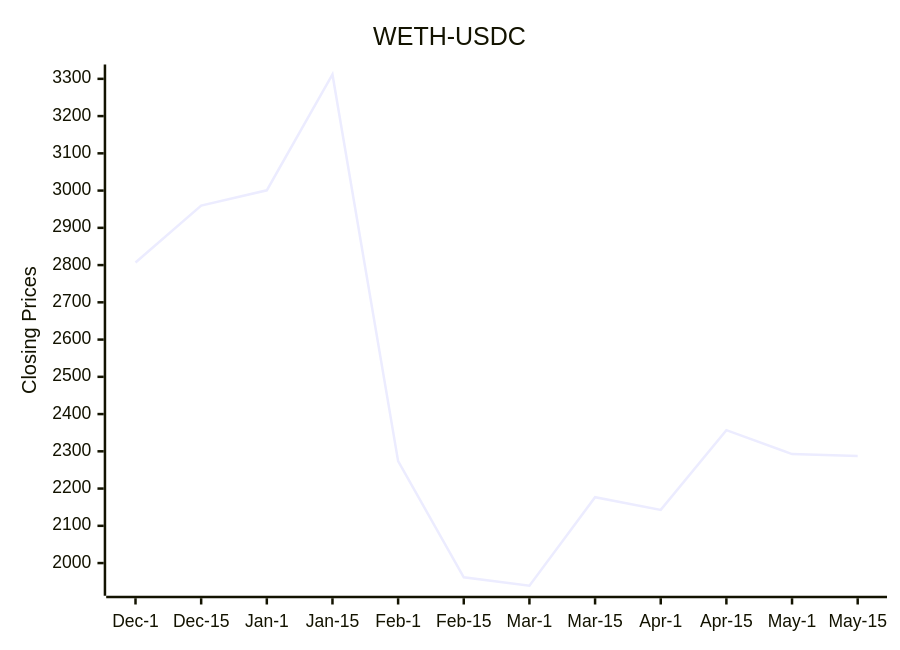
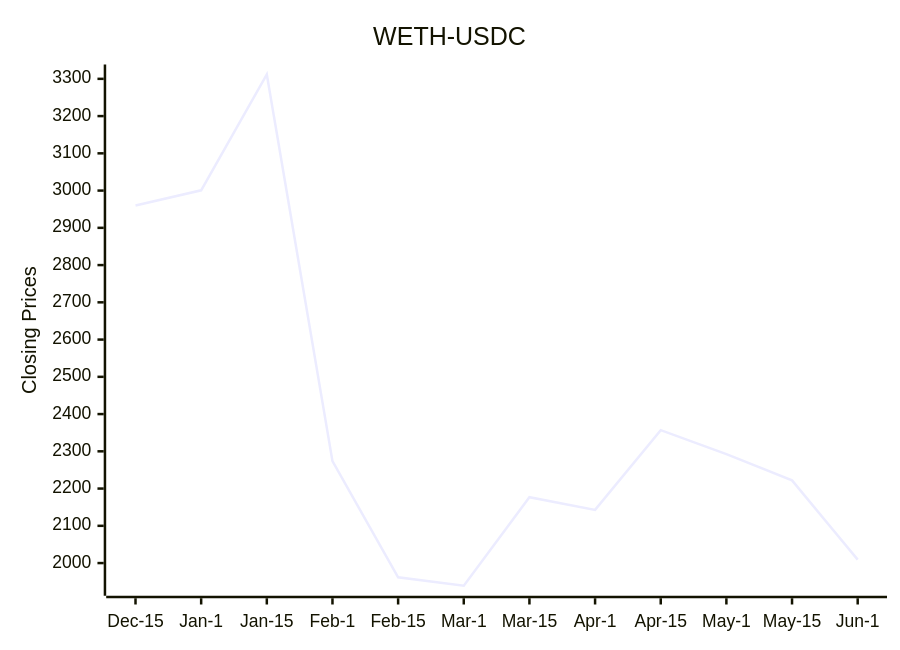
One commit to bicced/ReadmeCryptoPriceChart changed the diagram in README.md. Above: the diagram before and after it, drawn with Mermaid.

Commit message:
Update README with latest DEX data

````diff
--- a/README.md
+++ b/README.md
@@ -6,7 +6,7 @@
 ```mermaid
 xychart-beta
   title "WETH-USDC"
-  x-axis [Dec-1,Dec-15,Jan-1,Jan-15,Feb-1,Feb-15,Mar-1,Mar-15,Apr-1,Apr-15,May-1,May-15]
+  x-axis [Dec-15,Jan-1,Jan-15,Feb-1,Feb-15,Mar-1,Mar-15,Apr-1,Apr-15,May-1,May-15,Jun-1]
   y-axis "Closing Prices" 1939.10322356354 --> 3311.65440575894
-  line [2806.91719695467,2959.74010356289,3000.67820680034,3311.65440575894,2273.66104115322,1961.76630440433,1939.10322356354,2176.74756246377,2142.76888865301,2356.96568036046,2292.65162475032,2287.68097947332]
+  line [2959.74010356289,3000.67820680034,3311.65440575894,2273.66104115322,1961.76630440433,1939.10322356354,2176.74756246377,2142.76888865301,2356.96568036046,2292.65162475032,2221.95469456272,2009.13261207664]
 ```
````
